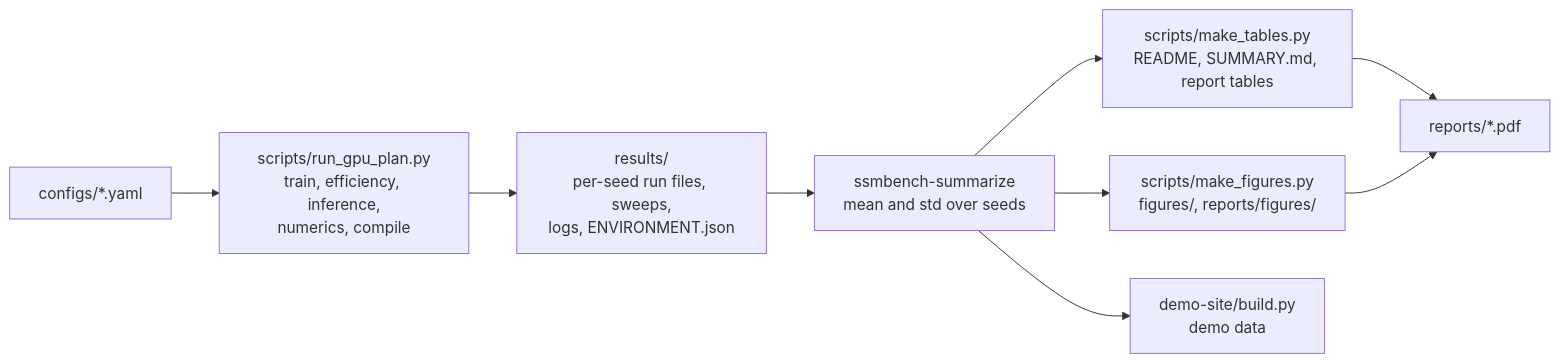
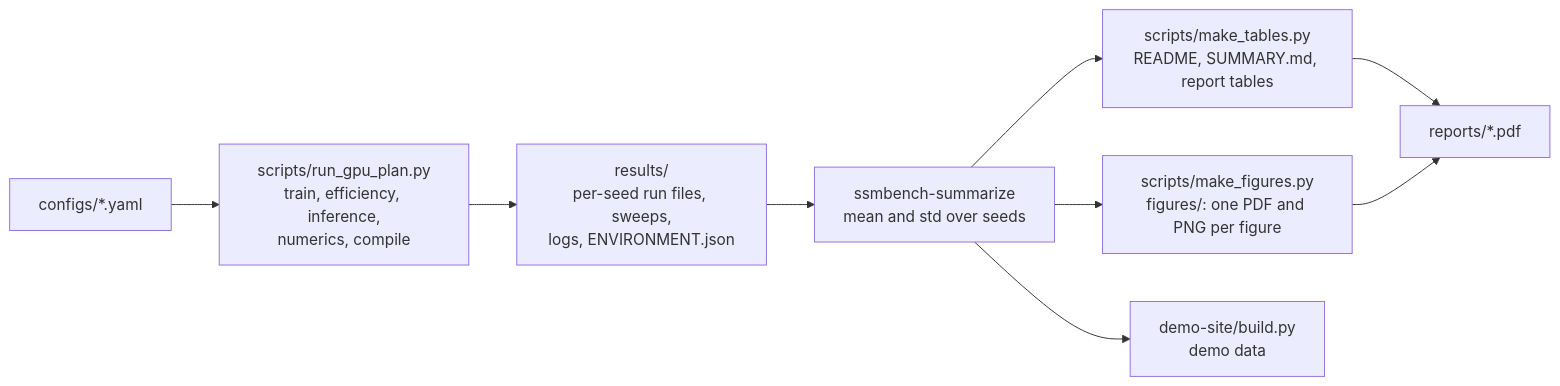
One commit to vaibhav3000/s4-to-mamba changed the third of 3 diagrams in README.md. Above: the diagram before and after it, drawn with Mermaid. The commit also changed other lines of this file, not shown here.

First line of the commit message:
Show three headline figures in the README

````diff
--- a/README.md
+++ b/README.md
@@ -407,11 +424,11 @@
 ```mermaid
 flowchart LR
     C["configs/*.yaml"] --> G["scripts/run_gpu_plan.py<br/>train, efficiency, inference,<br/>numerics, compile"]
     G --> R["results/<br/>per-seed run files, sweeps,<br/>logs, ENVIRONMENT.json"]
     R --> S["ssmbench-summarize<br/>mean and std over seeds"]
     S --> T["scripts/make_tables.py<br/>README, SUMMARY.md, report tables"]
-    S --> F["scripts/make_figures.py<br/>figures/, reports/figures/"]
+    S --> F["scripts/make_figures.py<br/>figures/: one PDF and PNG per figure"]
     S --> D["demo-site/build.py<br/>demo data"]
     T --> PDF["reports/*.pdf"]
     F --> PDF
 ```
````
